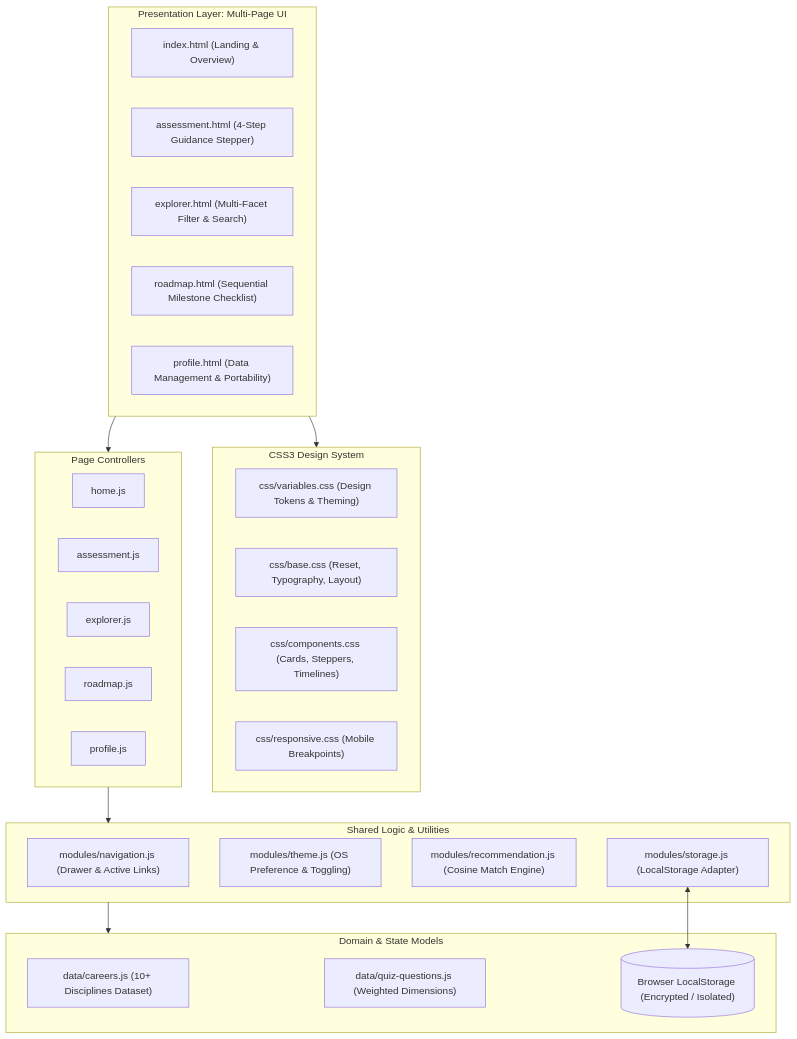
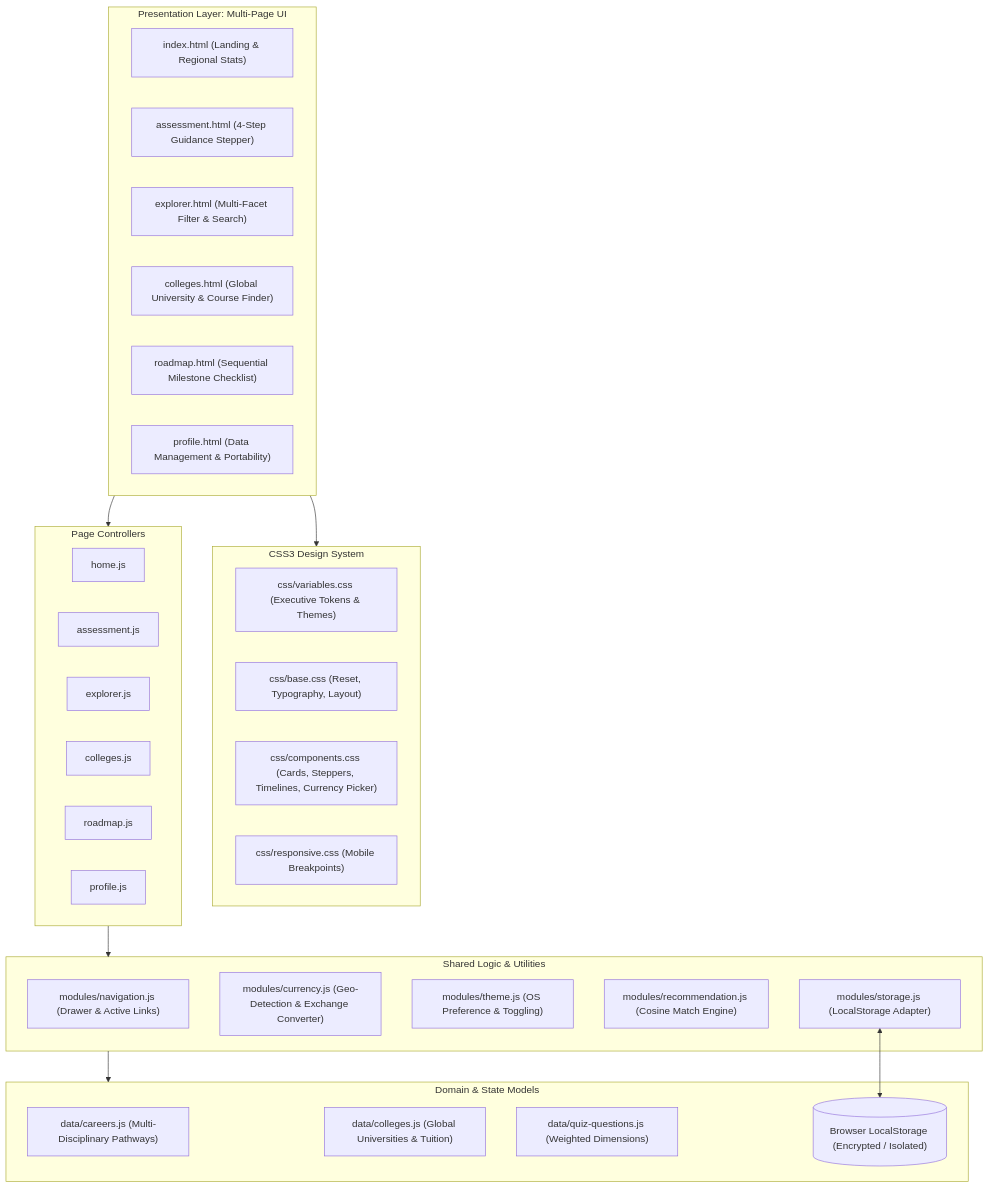
One commit to vasishtaaa/Career_Guidance_Platform changed the first of 2 diagrams in docs/architecture.md. Above: the diagram before and after it, drawn with Mermaid. The commit also changed other lines of this file and 17 other files, not shown here.

Commit message:
feat: executive UI redesign, global college directory, and regional currency localization

````diff
--- a/docs/architecture.md
+++ b/docs/architecture.md
@@ -21,44 +22,48 @@
 ```mermaid
 flowchart TD
     subgraph Presentation_Layer [Presentation Layer: Multi-Page UI]
-        P1["index.html (Landing & Overview)"]
+        P1["index.html (Landing & Regional Stats)"]
         P2["assessment.html (4-Step Guidance Stepper)"]
         P3["explorer.html (Multi-Facet Filter & Search)"]
-        P4["roadmap.html (Sequential Milestone Checklist)"]
-        P5["profile.html (Data Management & Portability)"]
+        P4["colleges.html (Global University & Course Finder)"]
+        P5["roadmap.html (Sequential Milestone Checklist)"]
+        P6["profile.html (Data Management & Portability)"]
     end
 
     subgraph Styling_Engine [CSS3 Design System]
-        VARS["css/variables.css (Design Tokens & Theming)"]
+        VARS["css/variables.css (Executive Tokens & Themes)"]
         BASE["css/base.css (Reset, Typography, Layout)"]
-        COMP["css/components.css (Cards, Steppers, Timelines)"]
+        COMP["css/components.css (Cards, Steppers, Timelines, Currency Picker)"]
         RESP["css/responsive.css (Mobile Breakpoints)"]
     end
 
     subgraph Controller_Layer [Page Controllers]
         PC1["home.js"]
         PC2["assessment.js"]
         PC3["explorer.js"]
-        PC4["roadmap.js"]
-        PC5["profile.js"]
+        PC4["colleges.js"]
+        PC5["roadmap.js"]
+        PC6["profile.js"]
     end
 
     subgraph Core_Modules [Shared Logic & Utilities]
         NAV["modules/navigation.js (Drawer & Active Links)"]
+        CURR["modules/currency.js (Geo-Detection & Exchange Converter)"]
         THM["modules/theme.js (OS Preference & Toggling)"]
         REC["modules/recommendation.js (Cosine Match Engine)"]
         STR["modules/storage.js (LocalStorage Adapter)"]
     end
 
     subgraph Data_Layer [Domain & State Models]
-        D1["data/careers.js (10+ Disciplines Dataset)"]
-        D2["data/quiz-questions.js (Weighted Dimensions)"]
+        D1["data/careers.js (Multi-Disciplinary Pathways)"]
+        D2["data/colleges.js (Global Universities & Tuition)"]
+        D3["data/quiz-questions.js (Weighted Dimensions)"]
         LS[("Browser LocalStorage (Encrypted / Isolated)")]
     end
 
     Presentation_Layer --> Styling_Engine
     Presentation_Layer --> Controller_Layer
     Controller_Layer --> Core_Modules
     Core_Modules --> Data_Layer
     STR <--> LS
 ```
````
